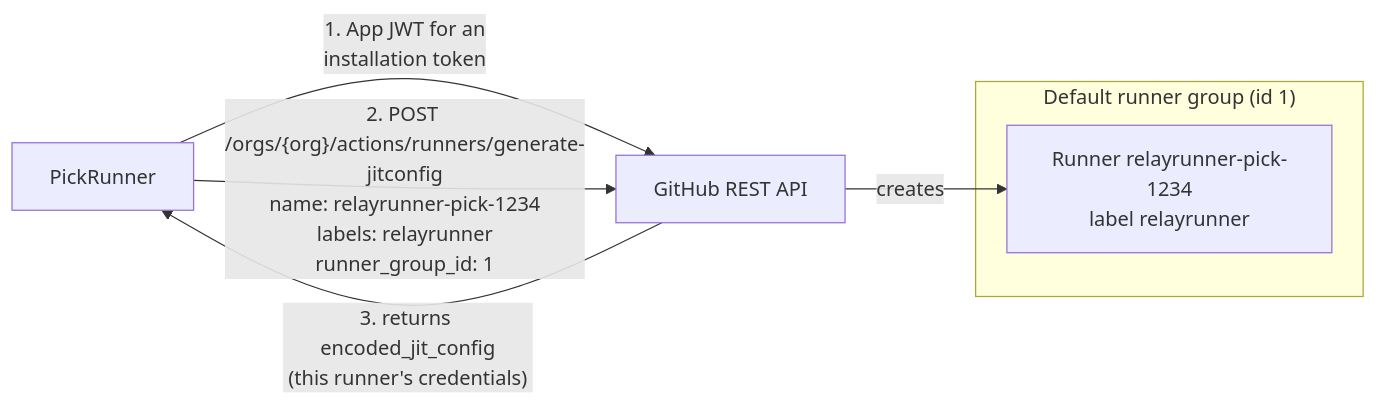
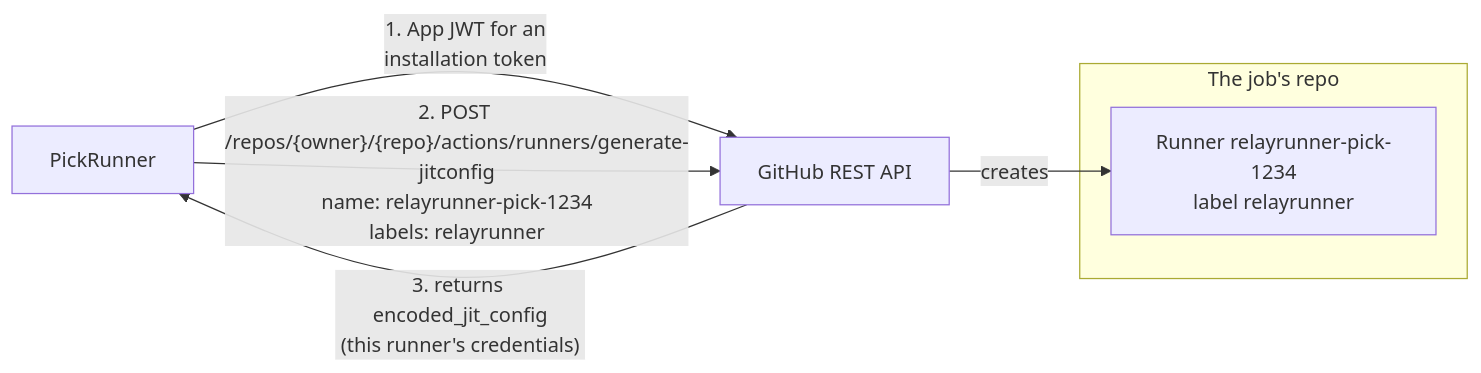
Before and after one commit to relayrunner/relayrunner: the fourth of 7 diagrams in docs/architecture/pick-runner.md, drawn with Mermaid. The commit also changed other lines of this file and 8 other files, not shown here.

First line of the commit message:
fix(api): register pick runners on the job's repo, so org runner groups don't block relays

````diff
--- a/docs/architecture/pick-runner.md
+++ b/docs/architecture/pick-runner.md
@@ -91,10 +91,10 @@
 ```mermaid
 flowchart LR
   P["PickRunner"] -- "1. App JWT for an<br/>installation token" --> API["GitHub REST API"]
-  P -- "2. POST /orgs/{org}/actions/runners/generate-jitconfig<br/>name: relayrunner-pick-1234<br/>labels: relayrunner<br/>runner_group_id: 1" --> API
-  subgraph def["Default runner group (id 1)"]
+  P -- "2. POST /repos/{owner}/{repo}/actions/runners/generate-jitconfig<br/>name: relayrunner-pick-1234<br/>labels: relayrunner" --> API
+  subgraph repo["The job's repo"]
     Rec["Runner relayrunner-pick-1234<br/>label relayrunner"]
   end
   API -- "creates" --> Rec
   API -- "3. returns encoded_jit_config<br/>(this runner's credentials)" --> P
 ```
````
